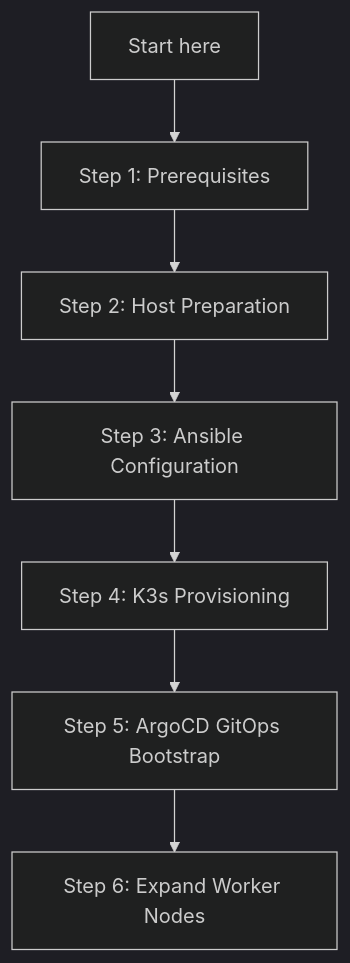
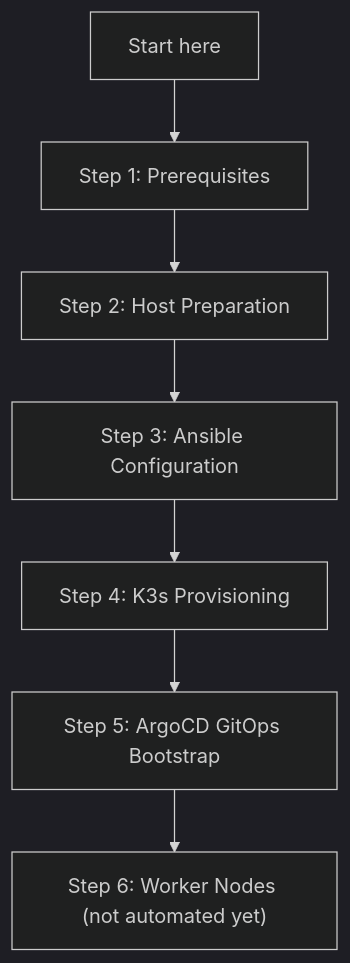
One commit to nsudhanva/homelab changed the diagram in docs/src/content/docs/tutorials/index.md. Above: the diagram before and after it, drawn with Mermaid (dark theme). The commit also changed other lines of this file and 46 other files, not shown here.

````diff
--- a/docs/src/content/docs/tutorials/index.md
+++ b/docs/src/content/docs/tutorials/index.md
@@ -18,9 +18,9 @@
 ```mermaid
 flowchart TD
   Start["Start here"] --> Prereq["Step 1: Prerequisites"]
   Prereq --> Prep["Step 2: Host Preparation"]
   Prep --> Config["Step 3: Ansible Configuration"]
   Config --> Provision["Step 4: K3s Provisioning"]
   Provision --> Argo["Step 5: ArgoCD GitOps Bootstrap"]
-  Argo --> Workers["Step 6: Expand Worker Nodes"]
+  Argo --> Workers["Step 6: Worker Nodes (not automated yet)"]
 ```
````
